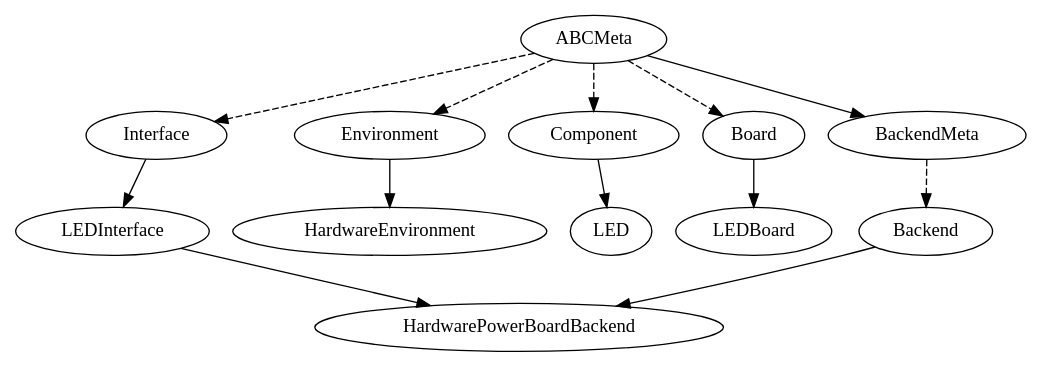
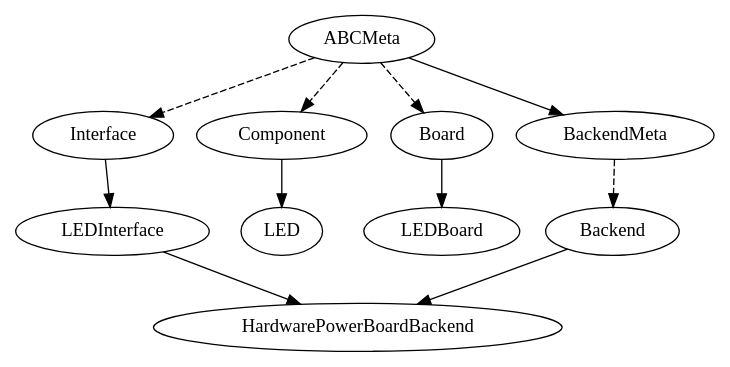
The second of 4 diagrams in docs/concepts/structure.rst (srobo/j5), drawn with Graphviz before and after one commit. The commit also changed other lines of this file, not shown here.

Commit message:
Remove Environment from structure diagrams

```diff
--- a/docs/concepts/structure.rst
+++ b/docs/concepts/structure.rst
@@ -38,13 +37,12 @@
 .. graphviz::
 
    digraph {
         Interface -> LEDInterface
         {LEDInterface, Backend} -> HardwarePowerBoardBackend
-        Environment -> HardwareEnvironment
         Component -> LED
         Board -> LEDBoard
 
         ABCMeta -> BackendMeta
         BackendMeta -> Backend [style=dashed]
-        ABCMeta -> {Board, Environment, Component, Interface} [style=dashed]
+        ABCMeta -> {Board, Component, Interface} [style=dashed]
    }
```
